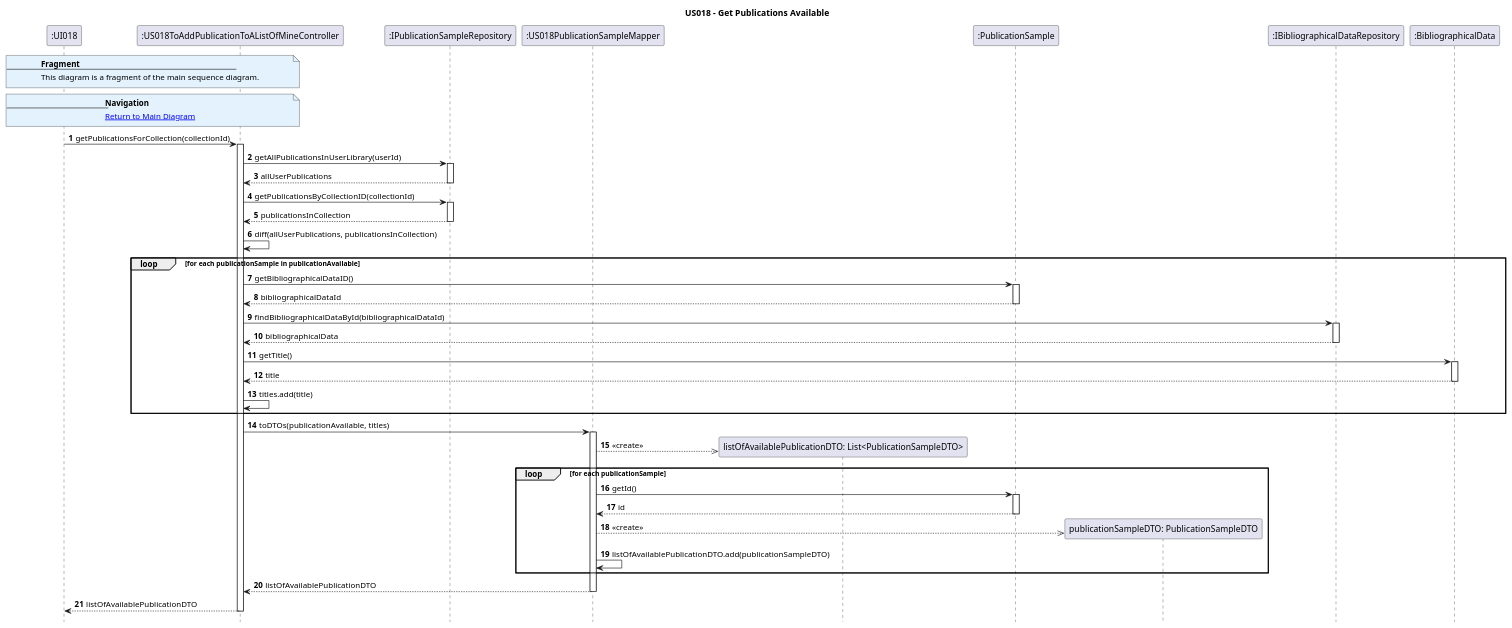
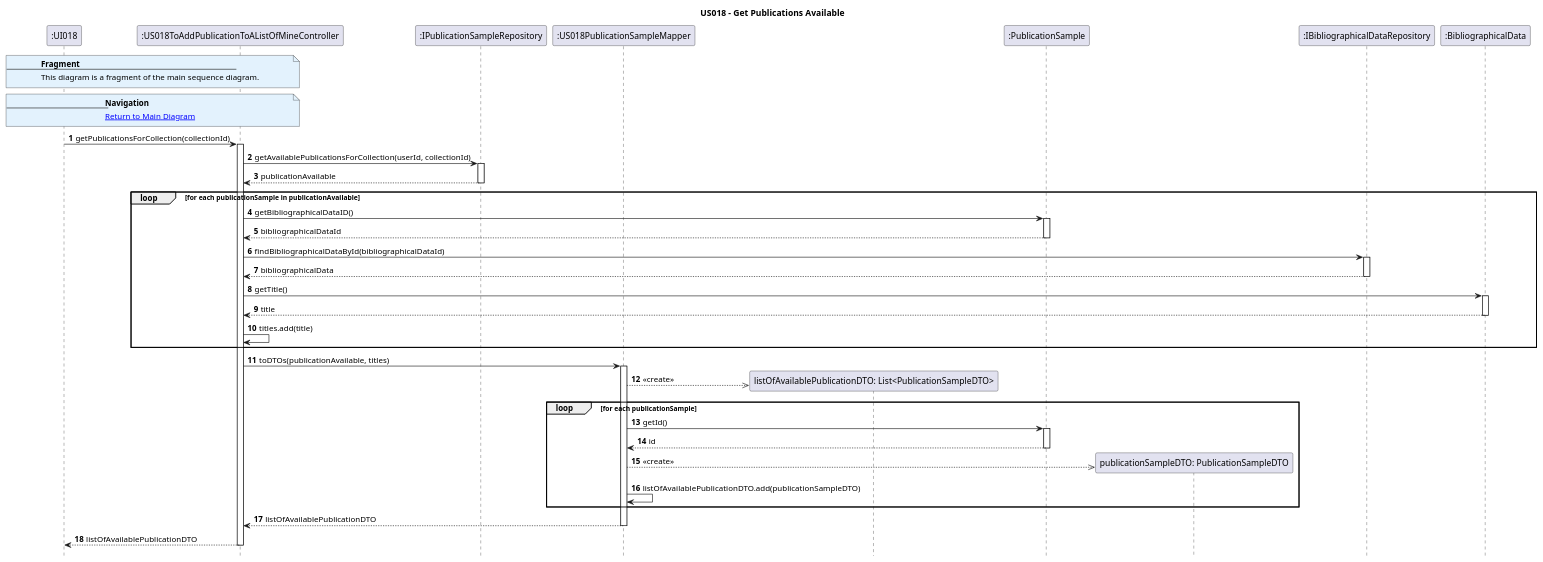
One commit to AndrePereiraGitH/SWitCH-Project-Team_A changed the diagram in Diagrams/SequenceDiagrams/N2/US018-to-add-a-publication-to-list/3.GetAvailablePublications.puml. Above: the diagram before and after it, drawn with PlantUML. The commit also changed 8 other files, not shown here.

Commit message:
fix #614: apply PR feedback on diagram, repository, controller, and tests

```diff
--- a/Diagrams/SequenceDiagrams/N2/US018-to-add-a-publication-to-list/3.GetAvailablePublications.puml
+++ b/Diagrams/SequenceDiagrams/N2/US018-to-add-a-publication-to-list/3.GetAvailablePublications.puml
@@ -1,103 +1,91 @@
 @startuml
 
 hide footbox
 autonumber
 
 title US018 - Get Publications Available
 
 participant ":UI018" as UI
 participant ":US018ToAddPublicationToAListOfMineController" as Controller
 participant ":IPublicationSampleRepository" as PublicationSampleRepo
 participant ":US018PublicationSampleMapper" as PublicationSampleMapper
 participant "listOfAvailablePublicationDTO: List<PublicationSampleDTO>" as listOfAvailablePublicationDTO
 participant ":PublicationSample" as PublicationSample
 participant "publicationSampleDTO: PublicationSampleDTO" as publicationSampleDTO
 participant ":IBibliographicalDataRepository" as BibliographicalDataRepo
 participant ":BibliographicalData" as BibliographicalData
 
 note over UI, Controller #E3F2FD
 <b>Fragment</b>
 ---
 This diagram is a fragment of the main sequence diagram.
 end note
 
 note over UI, Controller #E3F2FD
 <b>Navigation</b>
 ---
 [[1.MainDiagram.puml Return to Main Diagram]]
 end note
 
 UI -> Controller : getPublicationsForCollection(collectionId)
 activate Controller
 
 ' =====================================================
-' GET ALL USER PUBLICATIONS
+' GET AVAILABLE PUBLICATIONS
 ' =====================================================
-Controller -> PublicationSampleRepo : getAllPublicationsInUserLibrary(userId)
+
+Controller -> PublicationSampleRepo : getAvailablePublicationsForCollection(userId, collectionId)
 activate PublicationSampleRepo
-PublicationSampleRepo --> Controller : allUserPublications
+PublicationSampleRepo --> Controller : publicationAvailable
 deactivate PublicationSampleRepo
-
-' =====================================================
-' GET PUBLICATIONS ALREADY IN COLLECTION
-' =====================================================
-Controller -> PublicationSampleRepo : getPublicationsByCollectionID(collectionId)
-activate PublicationSampleRepo
-PublicationSampleRepo --> Controller : publicationsInCollection
-deactivate PublicationSampleRepo
-
-' =====================================================
-' CALCULATE DIFFERENCE
-' =====================================================
-Controller -> Controller : diff(allUserPublications, publicationsInCollection)
 
 ' =====================================================
 ' GET TITLES (Controller responsibility)
 ' =====================================================
 
 loop for each publicationSample in publicationAvailable
     Controller -> PublicationSample : getBibliographicalDataID()
     activate PublicationSample
     PublicationSample --> Controller : bibliographicalDataId
     deactivate PublicationSample
 
     Controller -> BibliographicalDataRepo : findBibliographicalDataById(bibliographicalDataId)
     activate BibliographicalDataRepo
     BibliographicalDataRepo --> Controller : bibliographicalData
     deactivate BibliographicalDataRepo
 
     Controller -> BibliographicalData : getTitle()
     activate BibliographicalData
     BibliographicalData --> Controller : title
     deactivate BibliographicalData
 
     Controller -> Controller : titles.add(title)
 end
 
 ' =====================================================
 ' CONVERT RESULT TO DTO
 ' =====================================================
 
 Controller -> PublicationSampleMapper : toDTOs(publicationAvailable, titles)
 activate PublicationSampleMapper
 
 PublicationSampleMapper -->> listOfAvailablePublicationDTO ** : <<create>>
 
 loop for each publicationSample
     PublicationSampleMapper -> PublicationSample : getId()
     activate PublicationSample
     PublicationSample --> PublicationSampleMapper : id
     deactivate PublicationSample
 
     PublicationSampleMapper -->> publicationSampleDTO ** : <<create>>
 
     PublicationSampleMapper -> PublicationSampleMapper : listOfAvailablePublicationDTO.add(publicationSampleDTO)
 end
 
 PublicationSampleMapper --> Controller : listOfAvailablePublicationDTO
 deactivate PublicationSampleMapper
 
 Controller --> UI : listOfAvailablePublicationDTO
 deactivate Controller
 
 @enduml
```
